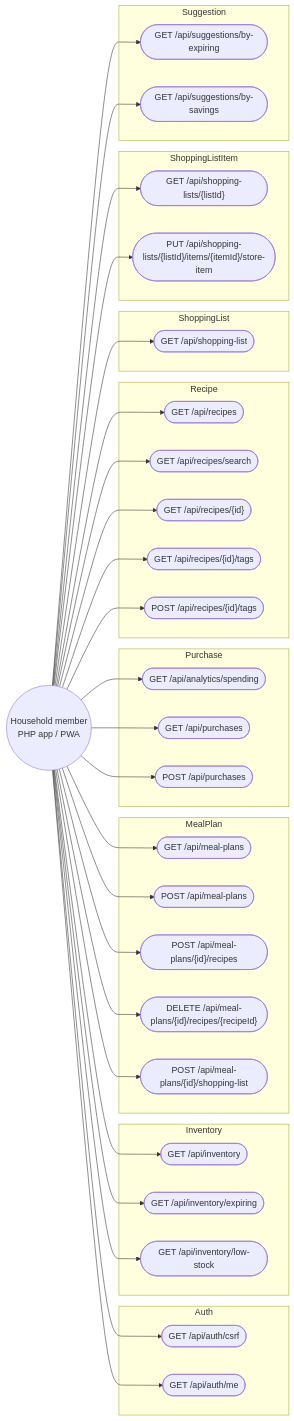
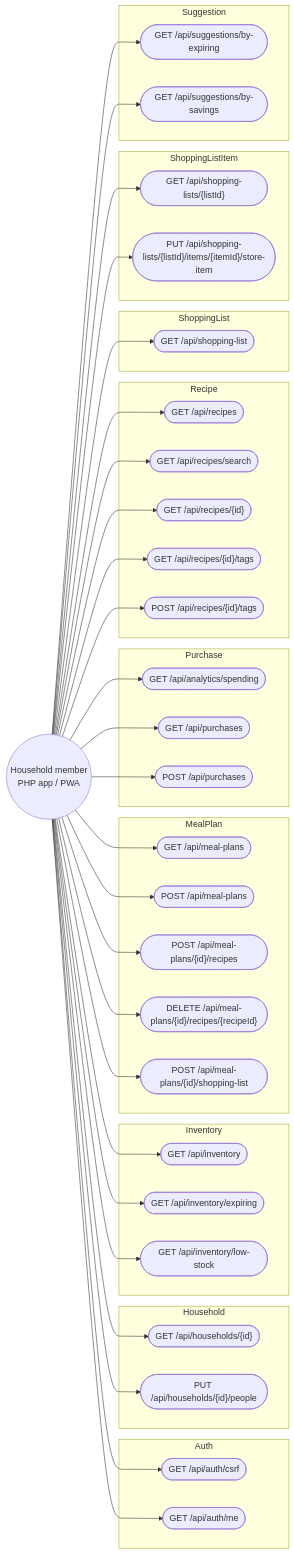
The first of 2 diagrams in docs/USE_CASES.md (Nate-ryan-7690/dahaem), drawn with Mermaid before and after one commit. The commit also changed 4 other files, not shown here.

````diff
--- a/docs/USE_CASES.md
+++ b/docs/USE_CASES.md
@@ -9,66 +9,72 @@
 ```mermaid
 flowchart LR
     member(("Household member<br/>PHP app / PWA"))
     subgraph g_Auth["Auth"]
         u1(["GET /api/auth/csrf"])
         u2(["GET /api/auth/me"])
     end
+    subgraph g_Household["Household"]
+        u3(["GET /api/households/{id}"])
+        u4(["PUT /api/households/{id}/people"])
+    end
     subgraph g_Inventory["Inventory"]
-        u3(["GET /api/inventory"])
-        u4(["GET /api/inventory/expiring"])
-        u5(["GET /api/inventory/low-stock"])
+        u5(["GET /api/inventory"])
+        u6(["GET /api/inventory/expiring"])
+        u7(["GET /api/inventory/low-stock"])
     end
     subgraph g_MealPlan["MealPlan"]
-        u6(["GET /api/meal-plans"])
-        u7(["POST /api/meal-plans"])
-        u8(["POST /api/meal-plans/{id}/recipes"])
-        u9(["DELETE /api/meal-plans/{id}/recipes/{recipeId}"])
-        u10(["POST /api/meal-plans/{id}/shopping-list"])
+        u8(["GET /api/meal-plans"])
+        u9(["POST /api/meal-plans"])
+        u10(["POST /api/meal-plans/{id}/recipes"])
+        u11(["DELETE /api/meal-plans/{id}/recipes/{recipeId}"])
+        u12(["POST /api/meal-plans/{id}/shopping-list"])
     end
     subgraph g_Purchase["Purchase"]
-        u11(["GET /api/analytics/spending"])
-        u12(["GET /api/purchases"])
-        u13(["POST /api/purchases"])
+        u13(["GET /api/analytics/spending"])
+        u14(["GET /api/purchases"])
+        u15(["POST /api/purchases"])
     end
     subgraph g_Recipe["Recipe"]
-        u14(["GET /api/recipes"])
-        u15(["GET /api/recipes/search"])
-        u16(["GET /api/recipes/{id}"])
-        u17(["GET /api/recipes/{id}/tags"])
-        u18(["POST /api/recipes/{id}/tags"])
+        u16(["GET /api/recipes"])
+        u17(["GET /api/recipes/search"])
+        u18(["GET /api/recipes/{id}"])
+        u19(["GET /api/recipes/{id}/tags"])
+        u20(["POST /api/recipes/{id}/tags"])
     end
     subgraph g_ShoppingList["ShoppingList"]
-        u19(["GET /api/shopping-list"])
+        u21(["GET /api/shopping-list"])
     end
     subgraph g_ShoppingListItem["ShoppingListItem"]
-        u20(["GET /api/shopping-lists/{listId}"])
-        u21(["PUT /api/shopping-lists/{listId}/items/{itemId}/store-item"])
+        u22(["GET /api/shopping-lists/{listId}"])
+        u23(["PUT /api/shopping-lists/{listId}/items/{itemId}/store-item"])
     end
     subgraph g_Suggestion["Suggestion"]
-        u22(["GET /api/suggestions/by-expiring"])
-        u23(["GET /api/suggestions/by-savings"])
+        u24(["GET /api/suggestions/by-expiring"])
+        u25(["GET /api/suggestions/by-savings"])
     end
     member --> u1
     member --> u2
     member --> u3
     member --> u4
     member --> u5
     member --> u6
     member --> u7
     member --> u8
     member --> u9
     member --> u10
     member --> u11
     member --> u12
     member --> u13
     member --> u14
     member --> u15
     member --> u16
     member --> u17
     member --> u18
     member --> u19
     member --> u20
     member --> u21
     member --> u22
     member --> u23
+    member --> u24
+    member --> u25
 ```
````
